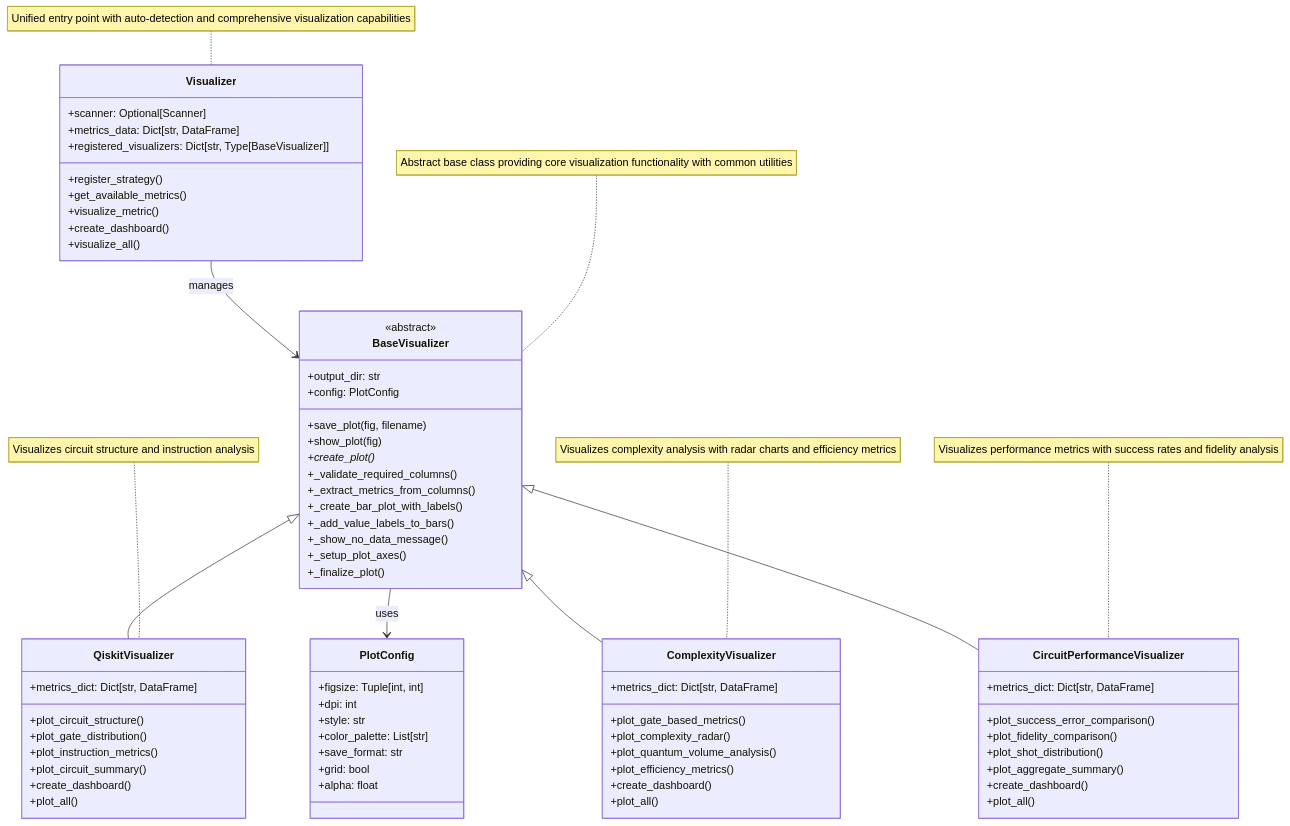
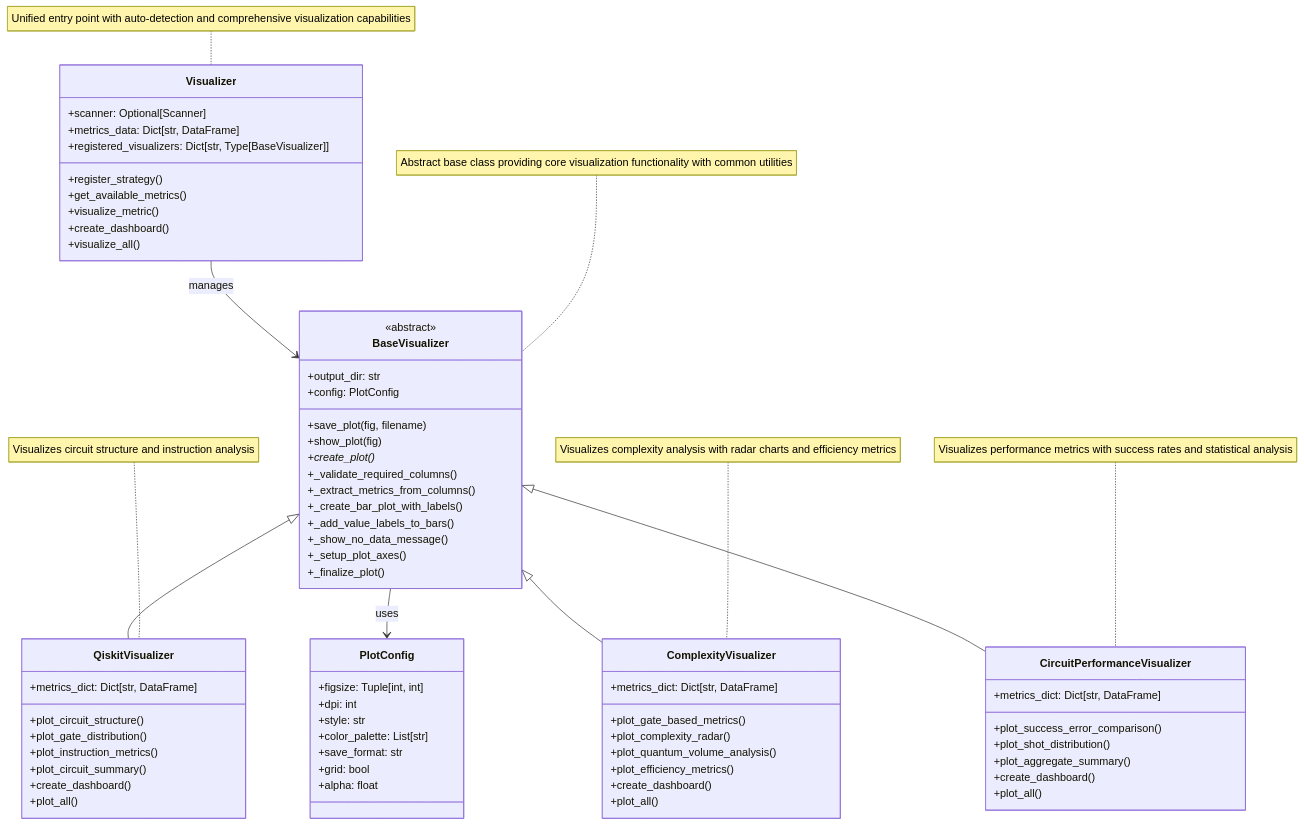
The second of 2 diagrams in docs/technical_docs.md (xthecapx/qiskit-qward), drawn with Mermaid before and after one commit. The commit also changed other lines of this file and 23 other files, not shown here.

First line of the commit message:
Remove fidelity metrics from CircuitPerformanceMetrics and related visualizations

````diff
--- a/docs/technical_docs.md
+++ b/docs/technical_docs.md
@@ -500,81 +498,80 @@
 ```{mermaid}
 classDiagram
     class BaseVisualizer {
         <<abstract>>
         +output_dir: str
         +config: PlotConfig
         +save_plot(fig, filename)
         +show_plot(fig)
         +create_plot()*
         +_validate_required_columns()
         +_extract_metrics_from_columns()
         +_create_bar_plot_with_labels()
         +_add_value_labels_to_bars()
         +_show_no_data_message()
         +_setup_plot_axes()
         +_finalize_plot()
     }
 
     class PlotConfig {
         +figsize: Tuple[int, int]
         +dpi: int
         +style: str
         +color_palette: List[str]
         +save_format: str
         +grid: bool
         +alpha: float
     }
 
     class QiskitVisualizer {
         +metrics_dict: Dict[str, DataFrame]
         +plot_circuit_structure()
         +plot_gate_distribution()
         +plot_instruction_metrics()
         +plot_circuit_summary()
         +create_dashboard()
         +plot_all()
     }
 
     class ComplexityVisualizer {
         +metrics_dict: Dict[str, DataFrame]
         +plot_gate_based_metrics()
         +plot_complexity_radar()
         +plot_quantum_volume_analysis()
         +plot_efficiency_metrics()
         +create_dashboard()
         +plot_all()
     }
 
     class CircuitPerformanceVisualizer {
         +metrics_dict: Dict[str, DataFrame]
         +plot_success_error_comparison()
-        +plot_fidelity_comparison()
         +plot_shot_distribution()
         +plot_aggregate_summary()
         +create_dashboard()
         +plot_all()
     }
 
     class Visualizer {
         +scanner: Optional[Scanner]
         +metrics_data: Dict[str, DataFrame]
         +registered_visualizers: Dict[str, Type[BaseVisualizer]]
         +register_strategy()
         +get_available_metrics()
         +visualize_metric()
         +create_dashboard()
         +visualize_all()
     }
     
     note for BaseVisualizer "Abstract base class providing core visualization functionality with common utilities"
     note for QiskitVisualizer "Visualizes circuit structure and instruction analysis"
     note for ComplexityVisualizer "Visualizes complexity analysis with radar charts and efficiency metrics"
-    note for CircuitPerformanceVisualizer "Visualizes performance metrics with success rates and fidelity analysis"
+    note for CircuitPerformanceVisualizer "Visualizes performance metrics with success rates and statistical analysis"
     note for Visualizer "Unified entry point with auto-detection and comprehensive visualization capabilities"
 
     BaseVisualizer <|-- QiskitVisualizer
     BaseVisualizer <|-- ComplexityVisualizer
     BaseVisualizer <|-- CircuitPerformanceVisualizer
     BaseVisualizer --> PlotConfig : uses
     Visualizer --> BaseVisualizer : manages
 ```
````
